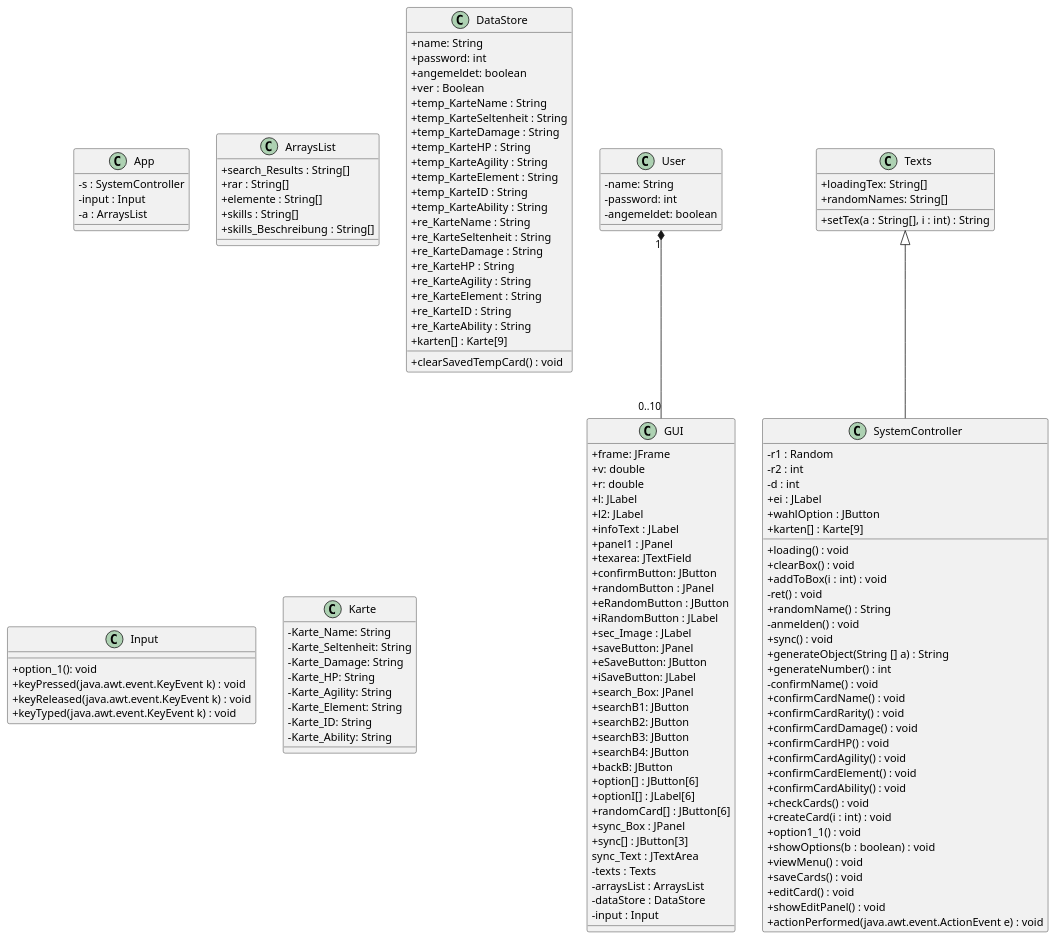
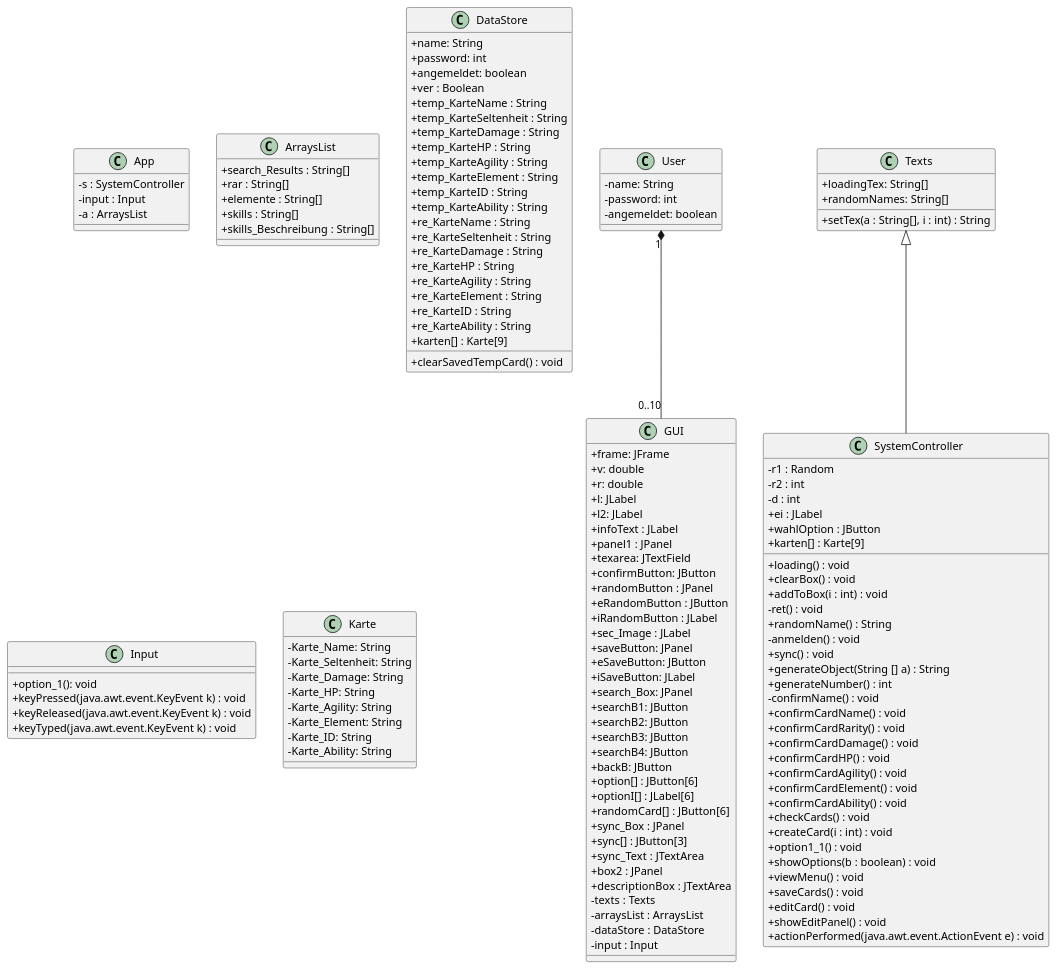
The diagram in Docs/Pflichtenheft/Diagramme/Klassendiagramm.iuml (teach404W/Verwaltungssoftware_Team_2), drawn with PlantUML before and after one commit. The commit also changed 3 other files, not shown here.

```diff
--- a/Docs/Pflichtenheft/Diagramme/Klassendiagramm.iuml
+++ b/Docs/Pflichtenheft/Diagramme/Klassendiagramm.iuml
@@ -1,157 +1,159 @@
 @startuml
 skinparam classAttributeIconSize 0
 
 class App{
  -s : SystemController
  -input : Input
  -a : ArraysList
 }
 
 
 
 class ArraysList{
 +search_Results : String[]
 +rar : String[]
 +elemente : String[]
 +skills : String[]
 +skills_Beschreibung : String[]
 
  }
  
  class DataStore{
  +name: String
  +password: int
  +angemeldet: boolean
  +ver : Boolean
  +temp_KarteName : String
  +temp_KarteSeltenheit : String
  +temp_KarteDamage : String
  +temp_KarteHP : String
  +temp_KarteAgility : String
  +temp_KarteElement : String
  +temp_KarteID : String
  +temp_KarteAbility : String    
  +re_KarteName : String
  +re_KarteSeltenheit : String
  +re_KarteDamage : String
  +re_KarteHP : String
  +re_KarteAgility : String
  +re_KarteElement : String
  +re_KarteID : String
  +re_KarteAbility : String
  +karten[] : Karte[9]
  +clearSavedTempCard() : void
 }
 
 
 
 
 
 class GUI{
  +frame: JFrame
  +v: double
  +r: double
  +l: JLabel
  +l2: JLabel
  +infoText : JLabel
  +panel1 : JPanel
  +texarea: JTextField
  +confirmButton: JButton
  +randomButton : JPanel
  +eRandomButton : JButton
  +iRandomButton : JLabel
  +sec_Image : JLabel
  +saveButton: JPanel
  +eSaveButton: JButton
  +iSaveButton: JLabel
  +search_Box: JPanel
  +searchB1: JButton
  +searchB2: JButton
  +searchB3: JButton
  +searchB4: JButton
  +backB: JButton
  +option[] : JButton[6]
  +optionI[] : JLabel[6]
  +randomCard[] : JButton[6]
  +sync_Box : JPanel
  +sync[] : JButton[3]
- sync_Text : JTextArea
+ +sync_Text : JTextArea
+ +box2 : JPanel
+ +descriptionBox : JTextArea
  -texts : Texts
  -arraysList : ArraysList
  -dataStore : DataStore
  -input : Input
 
 }
 
 
 class Input{
  +option_1(): void
  +keyPressed(java.awt.event.KeyEvent k) : void
  +keyReleased(java.awt.event.KeyEvent k) : void
  +keyTyped(java.awt.event.KeyEvent k) : void
 }
 
 class Karte{
  -Karte_Name: String
  -Karte_Seltenheit: String
  -Karte_Damage: String
  -Karte_HP: String
  -Karte_Agility: String
  -Karte_Element: String
  -Karte_ID: String
  -Karte_Ability: String
 
 }
 
 class SystemController{
 -r1 : Random
 -r2 : int
 -d : int
 +ei : JLabel
 +wahlOption : JButton
  +karten[] : Karte[9]
  +loading() : void
  +clearBox() : void
  +addToBox(i : int) : void
  -ret() : void
  +randomName() : String
  -anmelden() : void
  +sync() : void
  +generateObject(String [] a) : String
  +generateNumber() : int
  -confirmName() : void
  +confirmCardName() : void
  +confirmCardRarity() : void
  +confirmCardDamage() : void
  +confirmCardHP() : void
  +confirmCardAgility() : void
  +confirmCardElement() : void
  +confirmCardAbility() : void
  +checkCards() : void
  +createCard(i : int) : void
  +option1_1() : void
  +showOptions(b : boolean) : void
  +viewMenu() : void
  +saveCards() : void
  +editCard() : void
  +showEditPanel() : void
  +actionPerformed(java.awt.event.ActionEvent e) : void
 }
 
 
 class Texts{
 +loadingTex: String[]
 +randomNames: String[]
 +setTex(a : String[], i : int) : String
 }
 
 class User{
  -name: String
  -password: int
  -angemeldet: boolean
 }
 
 User "1" *-- "0..10" GUI
 Texts <|-- SystemController
 
 @enduml
```
